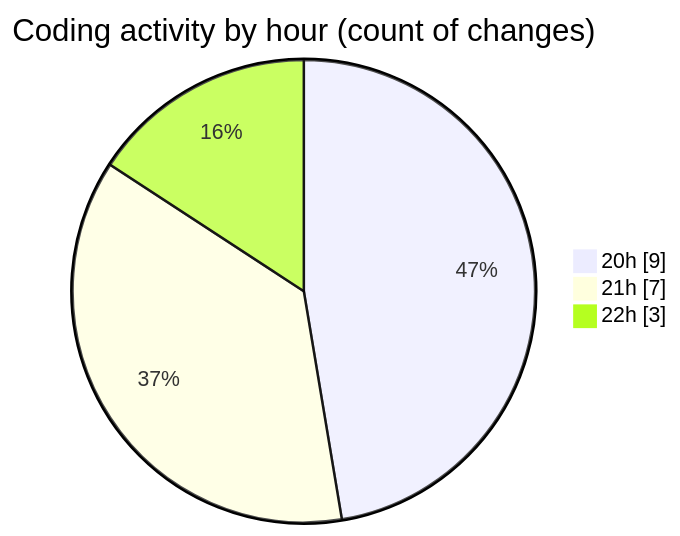
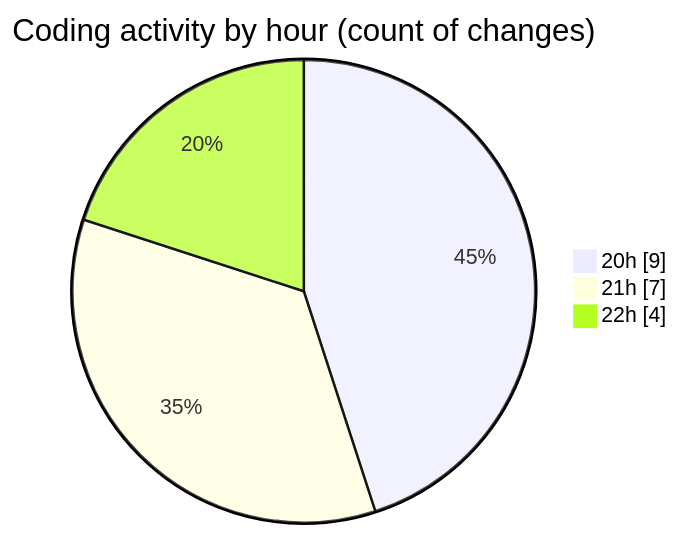
The second of 2 diagrams in 2025-05-21/filetransfer/README.md (Ritupan-Deka/code-tracking), drawn with Mermaid before and after one commit. The commit also changed other lines of this file and 1 other file, not shown here.

````diff
--- a/2025-05-21/filetransfer/README.md
+++ b/2025-05-21/filetransfer/README.md
@@ -31,7 +31,7 @@
 ```mermaid
 pie showData
 title Coding activity by hour (count of changes)
 "20h" : 9
 "21h" : 7
-"22h" : 3
+"22h" : 4
 ```
````
